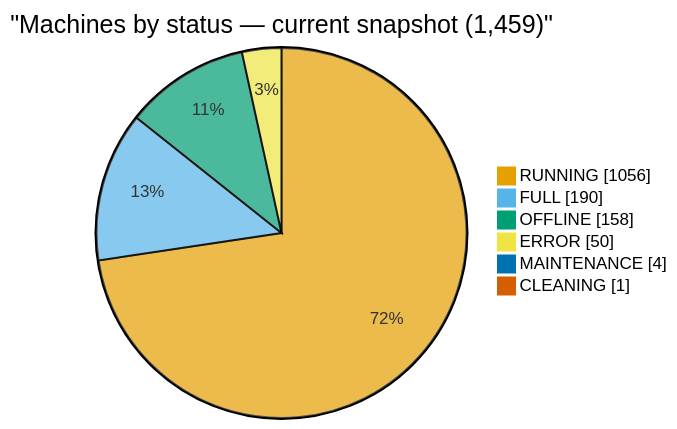
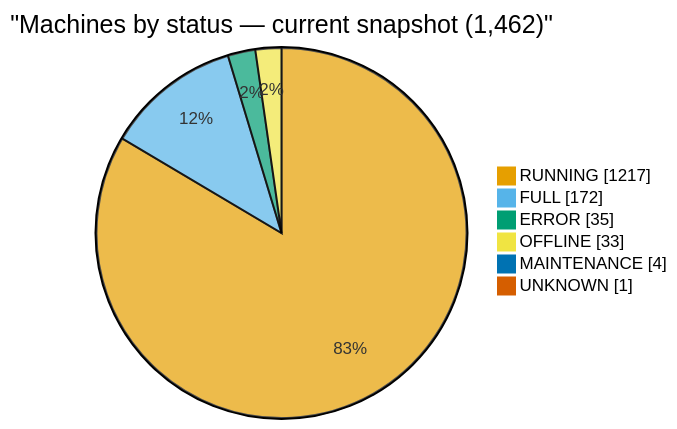
The first of 5 diagrams in ANALYSIS.md (cheeaun/returnright-data), drawn with Mermaid before and after one commit. The commit also changed other lines of this file and 4 other files, not shown here.

````diff
--- a/ANALYSIS.md
+++ b/ANALYSIS.md
@@ -22,22 +22,22 @@
 ```mermaid
 ---
 config:
   themeVariables:
     pie1: "#E69F00"
     pie2: "#56B4E9"
     pie3: "#009E73"
     pie4: "#F0E442"
     pie5: "#0072B2"
     pie6: "#D55E00"
     pie7: "#CC79A7"
     pie8: "#999999"
 ---
 pie showData
-    title "Machines by status — current snapshot (1,459)"
-    "RUNNING": 1056
-    "FULL": 190
-    "OFFLINE": 158
-    "ERROR": 50
+    title "Machines by status — current snapshot (1,462)"
+    "RUNNING": 1217
+    "FULL": 172
+    "ERROR": 35
+    "OFFLINE": 33
     "MAINTENANCE": 4
-    "CLEANING": 1
+    "UNKNOWN": 1
 ```
````
